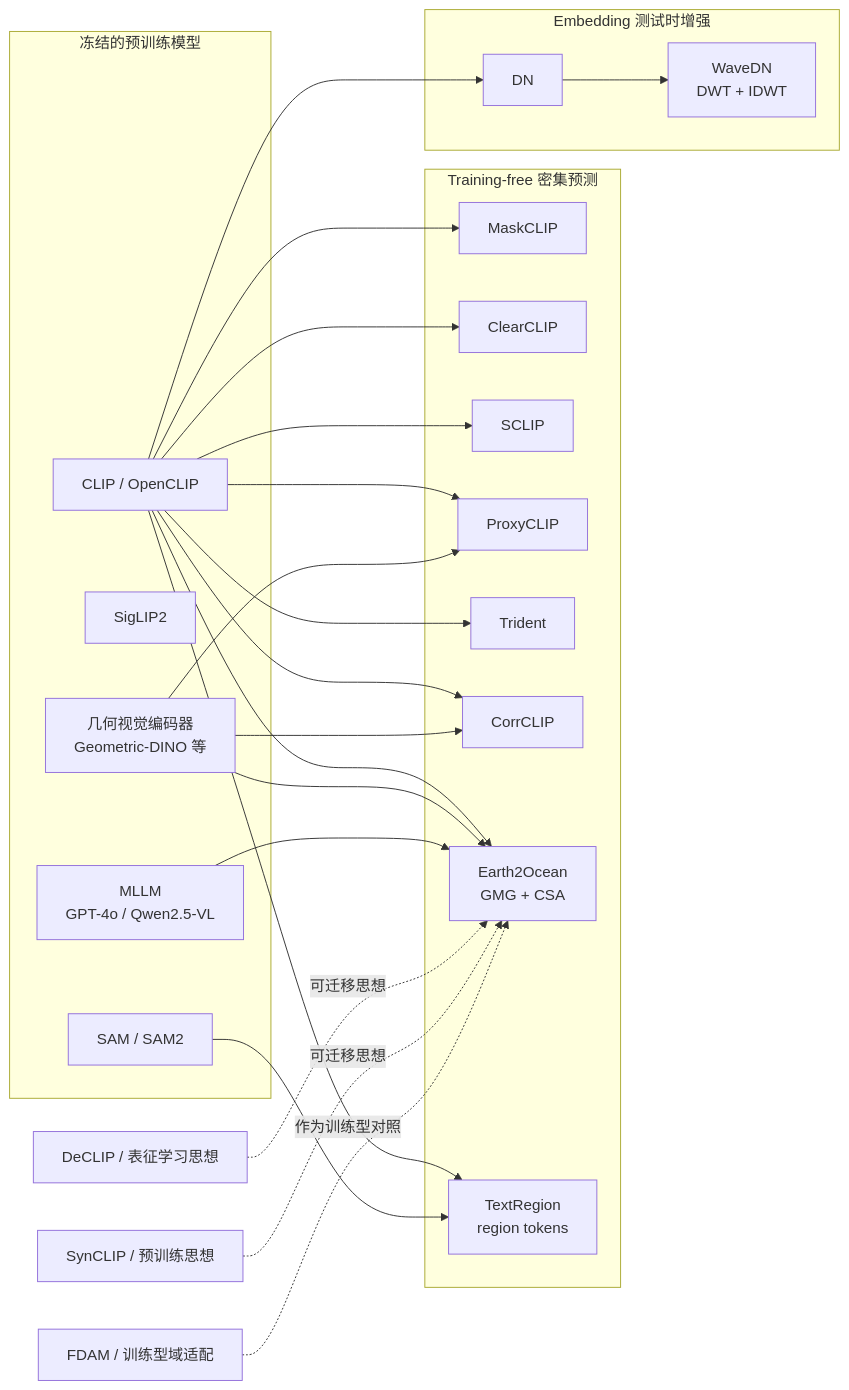
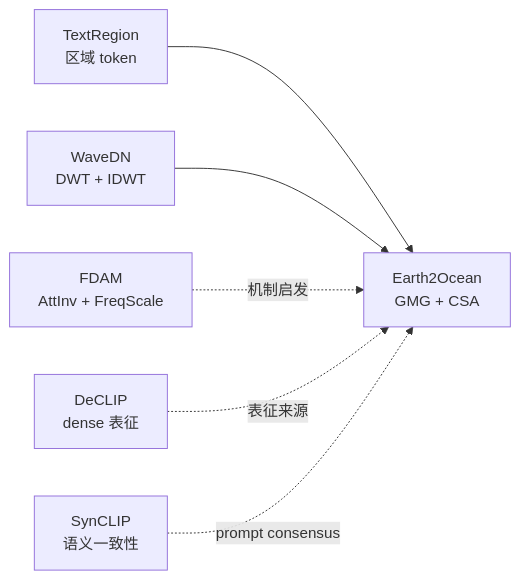
Before and after one commit to EklipZZZ/EklipZZZ.github.io: the diagram in pages/underwater-ovss-research-navigation.md, drawn with Mermaid. The commit also changed other lines of this file and 4 other files, not shown here.

````diff
--- a/pages/underwater-ovss-research-navigation.md
+++ b/pages/underwater-ovss-research-navigation.md
@@ -728,45 +18,15 @@
 ```mermaid
 flowchart LR
-    subgraph Backbone[冻结的预训练模型]
-        CLIP[CLIP / OpenCLIP]
-        SigLIP[SigLIP2]
-        Geo[几何视觉编码器<br/>Geometric-DINO 等]
-        MLLM[MLLM<br/>GPT-4o / Qwen2.5-VL]
-        SAM[SAM / SAM2]
-    end
+    E2O[Earth2Ocean<br/>GMG + CSA]
+    Region[TextRegion<br/>区域 token]
+    Distribution[WaveDN<br/>DWT + IDWT]
+    Frequency[FDAM<br/>AttInv + FreqScale]
+    Dense[DeCLIP<br/>dense 表征]
+    Prompt[SynCLIP<br/>语义一致性]
 
-    subgraph Dense[Training-free 密集预测]
-        MaskCLIP[MaskCLIP]
-        ClearCLIP[ClearCLIP]
-        SCLIP[SCLIP]
-        Proxy[ProxyCLIP]
-        Trident[Trident]
-        Corr[CorrCLIP]
-        E2O[Earth2Ocean<br/>GMG + CSA]
-        TextRegion[TextRegion<br/>region tokens]
-    end
-
-    subgraph Embed[Embedding 测试时增强]
-        DN[DN]
-        WaveDN[WaveDN<br/>DWT + IDWT]
-    end
-
-    CLIP --> MaskCLIP
-    CLIP --> ClearCLIP
-    CLIP --> SCLIP
-    CLIP --> Proxy
-    CLIP --> Trident
-    CLIP --> Corr
-    CLIP --> E2O
-    Geo --> Proxy
-    Geo --> Corr
-    Geo --> E2O
-    MLLM --> E2O
-    CLIP --> TextRegion
-    SAM --> TextRegion
-    CLIP --> DN --> WaveDN
-
-    DeCLIP[DeCLIP / 表征学习思想] -. 可迁移思想 .-> E2O
-    SynCLIP[SynCLIP / 预训练思想] -. 可迁移思想 .-> E2O
-    FDAM[FDAM / 训练型域适配] -. 作为训练型对照 .-> E2O
+    Region --> E2O
+    Distribution --> E2O
+    Frequency -. 机制启发 .-> E2O
+    Dense -. 表征来源 .-> E2O
+    Prompt -. prompt consensus .-> E2O
 ```
````
